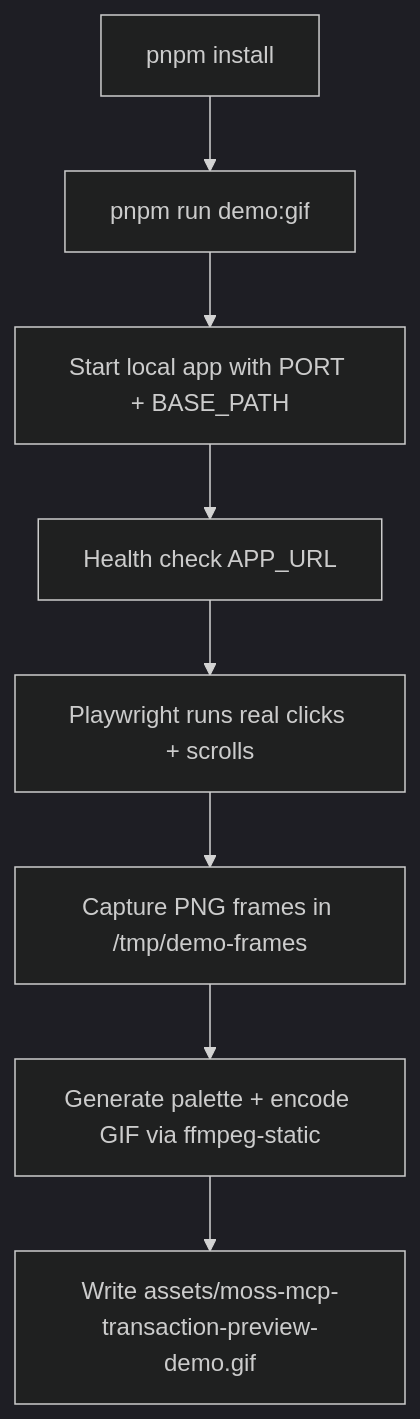
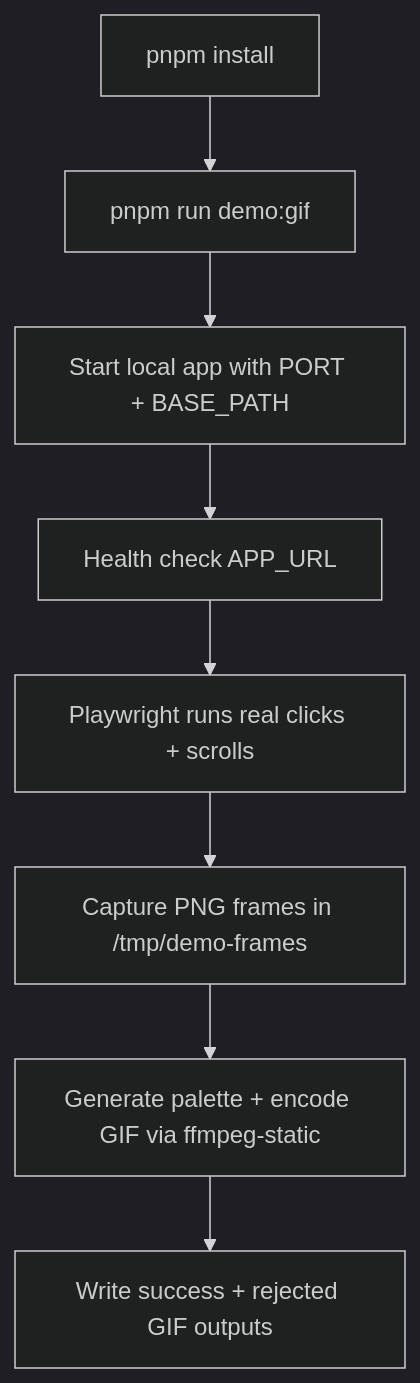
The second of 8 diagrams in README.md (sunshineluyao/Moss-Mcp-Transaction), drawn with Mermaid (dark theme) before and after one commit. The commit also changed other lines of this file and 6 other files, not shown here.

````diff
--- a/README.md
+++ b/README.md
@@ -105,10 +114,10 @@
 ```mermaid
 flowchart TD
   A[pnpm install] --> B[pnpm run demo:gif]
   B --> C[Start local app with PORT + BASE_PATH]
   C --> D[Health check APP_URL]
   D --> E[Playwright runs real clicks + scrolls]
   E --> F[Capture PNG frames in /tmp/demo-frames]
   F --> G[Generate palette + encode GIF via ffmpeg-static]
-  G --> H[Write assets/moss-mcp-transaction-preview-demo.gif]
+  G --> H[Write success + rejected GIF outputs]
 ```
````
